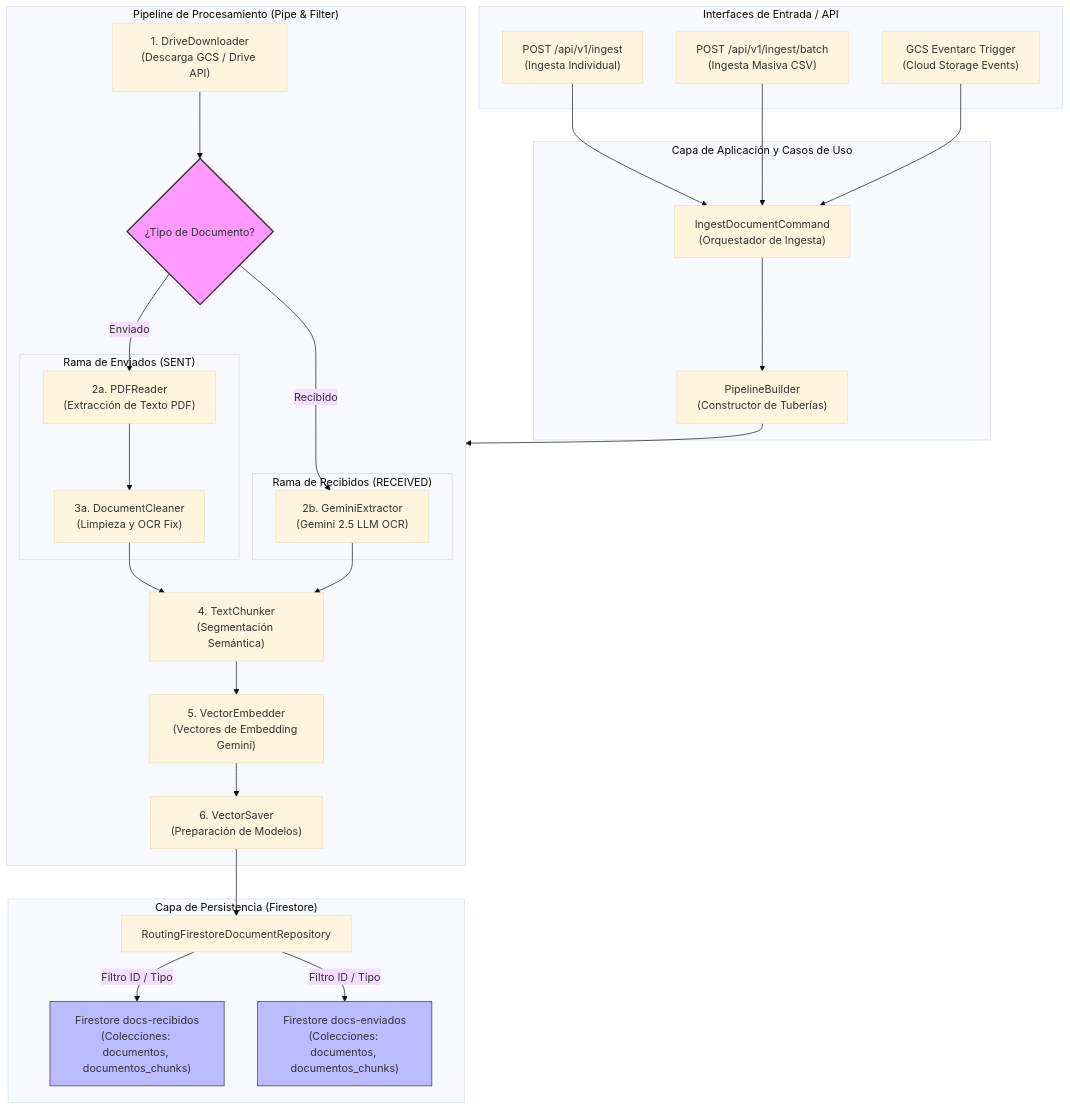
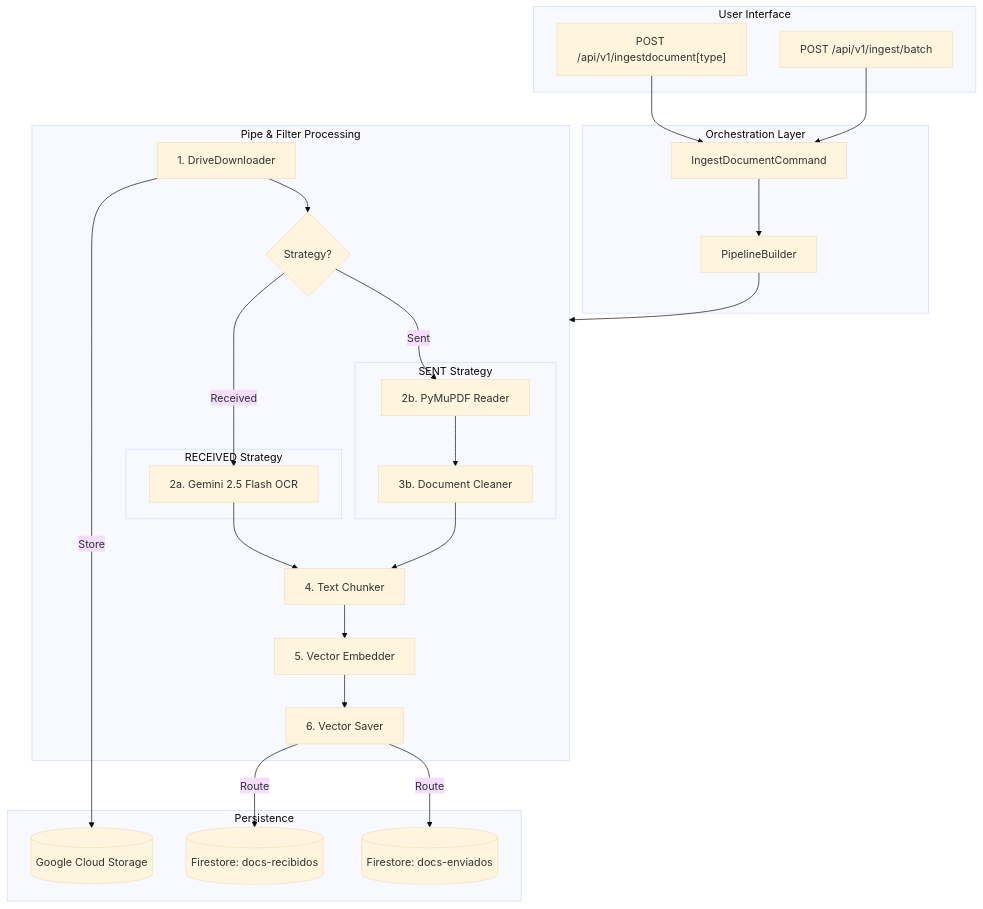
Before and after one commit to jggomez/ai-rag-docs: the diagram in src/ingestion-pipeline/README.md, drawn with Mermaid (base theme). The commit also changed other lines of this file and 41 other files, not shown here.

First line of the commit message:
feat: implement sent document ingestion, robust RAG fallback, and GCS date-based organization

````diff
--- a/src/ingestion-pipeline/README.md
+++ b/src/ingestion-pipeline/README.md
@@ -63,71 +11,60 @@
 ```mermaid
 flowchart TD
-    %% Entradas
-    subgraph Entrada ["Interfaces de Entrada / API"]
-        API_Single["POST /api/v1/ingest<br>(Ingesta Individual)"]
-        API_Batch["POST /api/v1/ingest/batch<br>(Ingesta Masiva CSV)"]
-        Eventarc["GCS Eventarc Trigger<br>(Cloud Storage Events)"]
+    %% Entry Points
+    subgraph UI [User Interface]
+        API_Single["POST /api/v1/ingestdocument[type]"]
+        API_Batch["POST /api/v1/ingest/batch"]
     end
 
-    %% Componente Central / Casos de Uso
-    subgraph Orquestacion ["Capa de Aplicación y Casos de Uso"]
-        Cmd["IngestDocumentCommand<br>(Orquestador de Ingesta)"]
-        Builder["PipelineBuilder<br>(Constructor de Tuberías)"]
+    %% Core Orchestration
+    subgraph Core [Orchestration Layer]
+        Cmd[IngestDocumentCommand]
+        Builder[PipelineBuilder]
     end
 
-    %% Tubería de Procesamiento
-    subgraph Pipeline ["Pipeline de Procesamiento (Pipe & Filter)"]
-        Downloader["1. DriveDownloader<br>(Descarga GCS / Drive API)"]
+    %% The Pipeline
+    subgraph Pipe [Pipe & Filter Processing]
+        Downloader[1. DriveDownloader]
+        Bifurcate{Strategy?}
         
-        %% Ramificaciones
-        Bifurcador{"¿Tipo de Documento?"}
-        
-        subgraph SentBranch ["Rama de Enviados (SENT)"]
-            Reader["2a. PDFReader<br>(Extracción de Texto PDF)"]
-            Cleaner["3a. DocumentCleaner<br>(Limpieza y OCR Fix)"]
+        subgraph Received [RECEIVED Strategy]
+            GeminiOCR[2a. Gemini 2.5 Flash OCR]
         end
         
-        subgraph RecBranch ["Rama de Recibidos (RECEIVED)"]
-            Extractor["2b. GeminiExtractor<br>(Gemini 2.5 LLM OCR)"]
+        subgraph Sent [SENT Strategy]
+            PDFReader[2b. PyMuPDF Reader]
+            Cleaner[3b. Document Cleaner]
         end
         
-        %% Etapas Comunes
-        Chunker["4. TextChunker<br>(Segmentación Semántica)"]
-        Embedder["5. VectorEmbedder<br>(Vectores de Embedding Gemini)"]
-        Saver["6. VectorSaver<br>(Preparación de Modelos)"]
+        Chunker[4. Text Chunker]
+        Embedder[5. Vector Embedder]
+        Saver[6. Vector Saver]
     end
 
-    %% Persistencia
-    subgraph DB ["Capa de Persistencia (Firestore)"]
-        RoutingRepo["RoutingFirestoreDocumentRepository"]
-        DB_Rec["Firestore docs-recibidos<br>(Colecciones: documentos, documentos_chunks)"]
-        DB_Sen["Firestore docs-enviados<br>(Colecciones: documentos, documentos_chunks)"]
+    %% Storage
+    subgraph Storage [Persistence]
+        GCS[(Google Cloud Storage)]
+        FS_Rec[(Firestore: docs-recibidos)]
+        FS_Sen[(Firestore: docs-enviados)]
     end
 
-    %% Flujos de datos y control
     API_Single --> Cmd
     API_Batch --> Cmd
-    Eventarc --> Cmd
     Cmd --> Builder
-    Builder --> Pipeline
+    Builder --> Pipe
     
-    Downloader --> Bifurcador
-    Bifurcador -->|Enviado| Reader
-    Reader --> Cleaner
+    Downloader -->|Store| GCS
+    Downloader --> Bifurcate
+    Bifurcate -->|Received| GeminiOCR
+    Bifurcate -->|Sent| PDFReader
+    PDFReader --> Cleaner
+    
+    GeminiOCR --> Chunker
     Cleaner --> Chunker
-    
-    Bifurcador -->|Recibido| Extractor
-    Extractor --> Chunker
     
     Chunker --> Embedder
     Embedder --> Saver
-    Saver --> RoutingRepo
     
-    RoutingRepo -->|Filtro ID / Tipo| DB_Rec
-    RoutingRepo -->|Filtro ID / Tipo| DB_Sen
-
-    %% Estilos Visuales
-    style Bifurcador fill:#f9f,stroke:#333,stroke-width:2px
-    style DB_Rec fill:#bbf,stroke:#333,stroke-width:1px
-    style DB_Sen fill:#bbf,stroke:#333,stroke-width:1px
+    Saver -->|Route| FS_Rec
+    Saver -->|Route| FS_Sen
 ```
````
